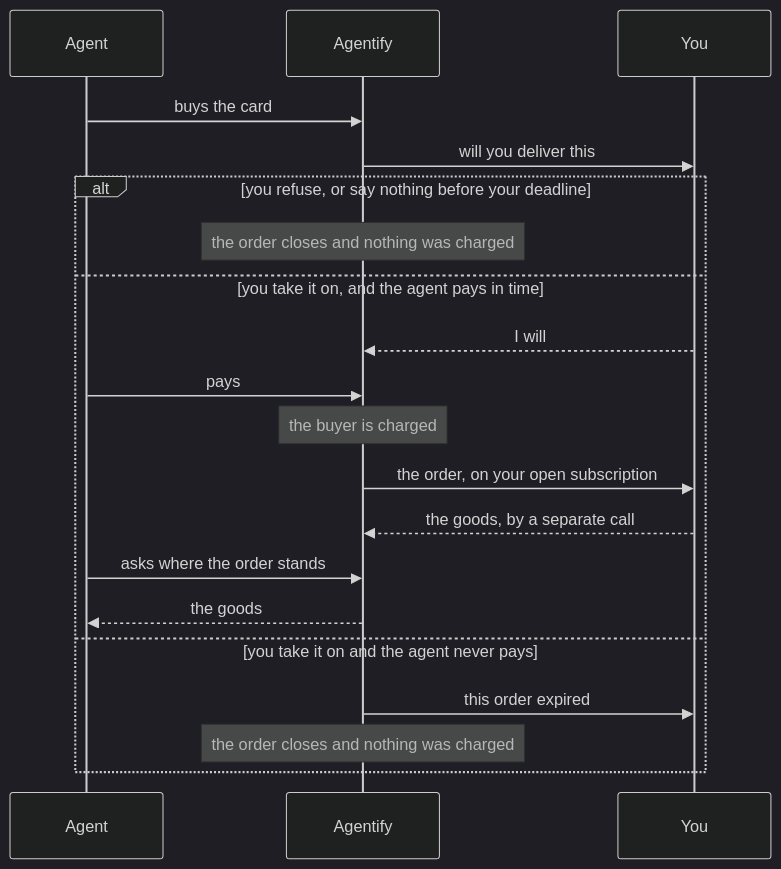
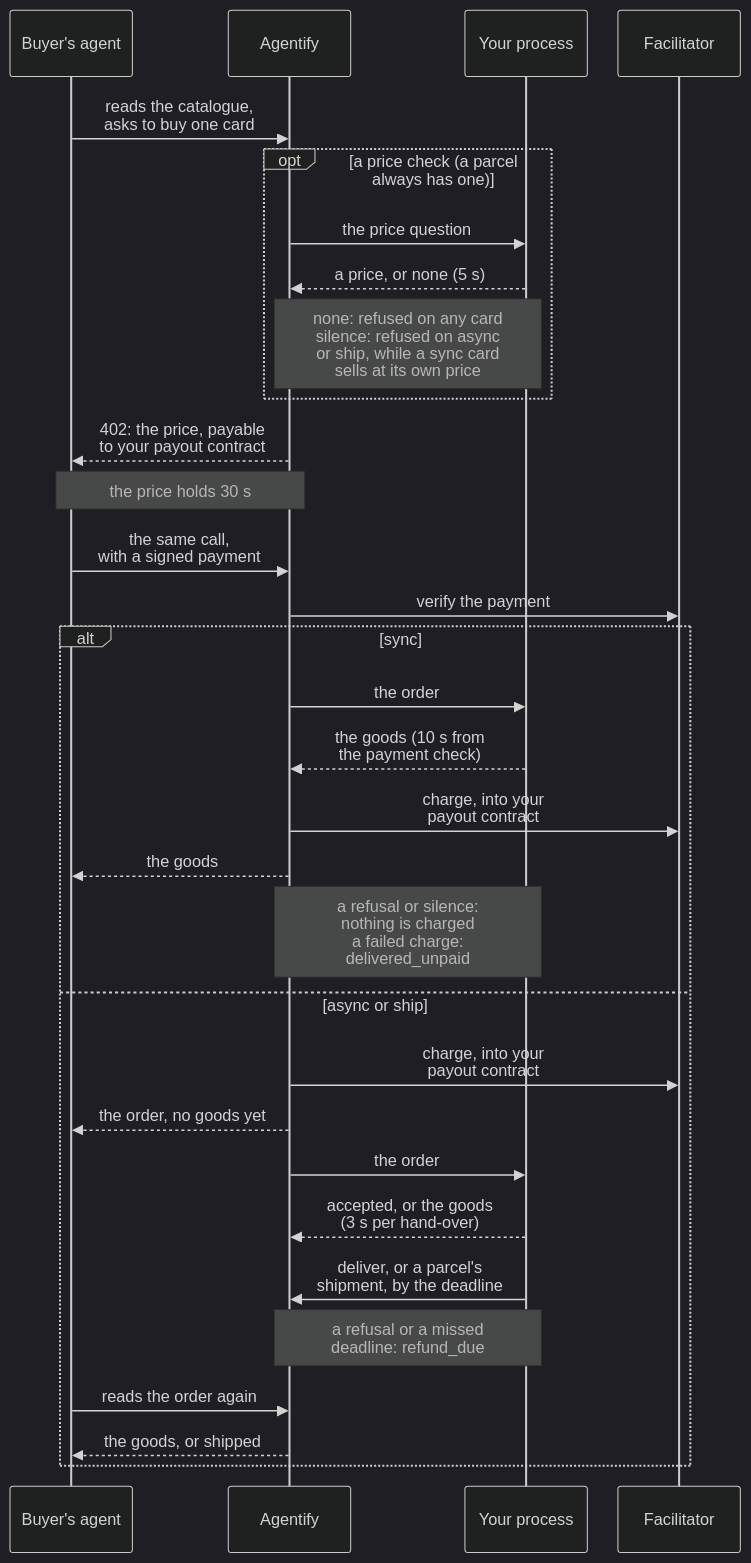
One commit to aftercard/agentify changed the first of 2 diagrams in apps/docs/orders.md. Above: the diagram before and after it, drawn with Mermaid (dark theme). The commit also changed other lines of this file and 5 other files, not shown here.

First line of the commit message:
docs(orders): draw one purchase and the statuses, and table every time limit

````diff
--- a/apps/docs/orders.md
+++ b/apps/docs/orders.md
@@ -121,24 +71,41 @@
 ```mermaid
+---
+config:
+  sequence:
+    width: 120
+    actorMargin: 30
+---
 sequenceDiagram
-    accTitle: Order fulfillment with confirmation, unavailable during the pilot
-    accDescr: Agentify asks the merchant to confirm delivery before charging the buyer. Refusal or silence closes the order without a charge. If the merchant confirms and the agent pays in time, the buyer is charged and the merchant delivers separately. If the agent never pays, the order expires without a charge.
-    participant A as Agent
-    participant C as Agentify
-    participant Y as You
-    A->>C: buys the card
-    C->>Y: will you deliver this
-    alt you refuse, or say nothing before your deadline
-        Note over C: the order closes and nothing was charged
-    else you take it on, and the agent pays in time
-        Y-->>C: I will
-        A->>C: pays
-        Note over C: the buyer is charged
-        C->>Y: the order, on your open subscription
-        Y-->>C: the goods, by a separate call
-        A->>C: asks where the order stands
-        C-->>A: the goods
-    else you take it on and the agent never pays
-        C->>Y: this order expired
-        Note over C: the order closes and nothing was charged
+    accTitle: One purchase, from the catalogue to the goods
+    accDescr: The agent reads the catalogue and asks to buy a card. If the card has a price check, which a parcel's card always has, Agentify asks your process the price and waits five seconds; an answer of none refuses the purchase on any card, and silence refuses it on a card charged at purchase while a synchronous card sells at its own price. Agentify answers 402 Payment Required with the price and your payout contract as the payee, and the price holds thirty seconds. The agent repeats the call with a signed payment and the facilitator verifies it. In the synchronous mode the order goes to your process, your goods come back within ten seconds of the payment check, the facilitator executes the charge into your payout contract and the agent receives the goods; a refusal or silence instead charges nothing, and a failed charge leaves the order delivered_unpaid. In the asynchronous and parcel modes the charge is executed first, the agent receives an order it reads again later, your process answers each hand-over within three seconds, accepting the order or delivering at once, and delivers later with a separate call by the deadline on your card; a parcel's delivery is its shipment. A refusal or a missed deadline instead leaves a refund owed.
+    participant A as Buyer's agent
+    participant G as Agentify
+    participant Y as Your process
+    participant F as Facilitator
+    A->>G: reads the catalogue,<br/>asks to buy one card
+    opt a price check (a parcel always has one)
+        G->>Y: the price question
+        Y-->>G: a price, or none (5 s)
+        Note over G,Y: none: refused on any card<br/>silence: refused on async<br/>or ship, while a sync card<br/>sells at its own price
+    end
+    G-->>A: 402: the price, payable<br/>to your payout contract
+    Note over A,G: the price holds 30 s
+    A->>G: the same call,<br/>with a signed payment
+    G->>F: verify the payment
+    alt sync
+        G->>Y: the order
+        Y-->>G: the goods (10 s from<br/>the payment check)
+        G->>F: charge, into your<br/>payout contract
+        G-->>A: the goods
+        Note over G,Y: a refusal or silence:<br/>nothing is charged<br/>a failed charge:<br/>delivered_unpaid
+    else async or ship
+        G->>F: charge, into your<br/>payout contract
+        G-->>A: the order, no goods yet
+        G->>Y: the order
+        Y-->>G: accepted, or the goods<br/>(3 s per hand-over)
+        Y->>G: deliver, or a parcel's<br/>shipment, by the deadline
+        Note over G,Y: a refusal or a missed<br/>deadline: refund_due
+        A->>G: reads the order again
+        G-->>A: the goods, or shipped
     end
 ```
````
